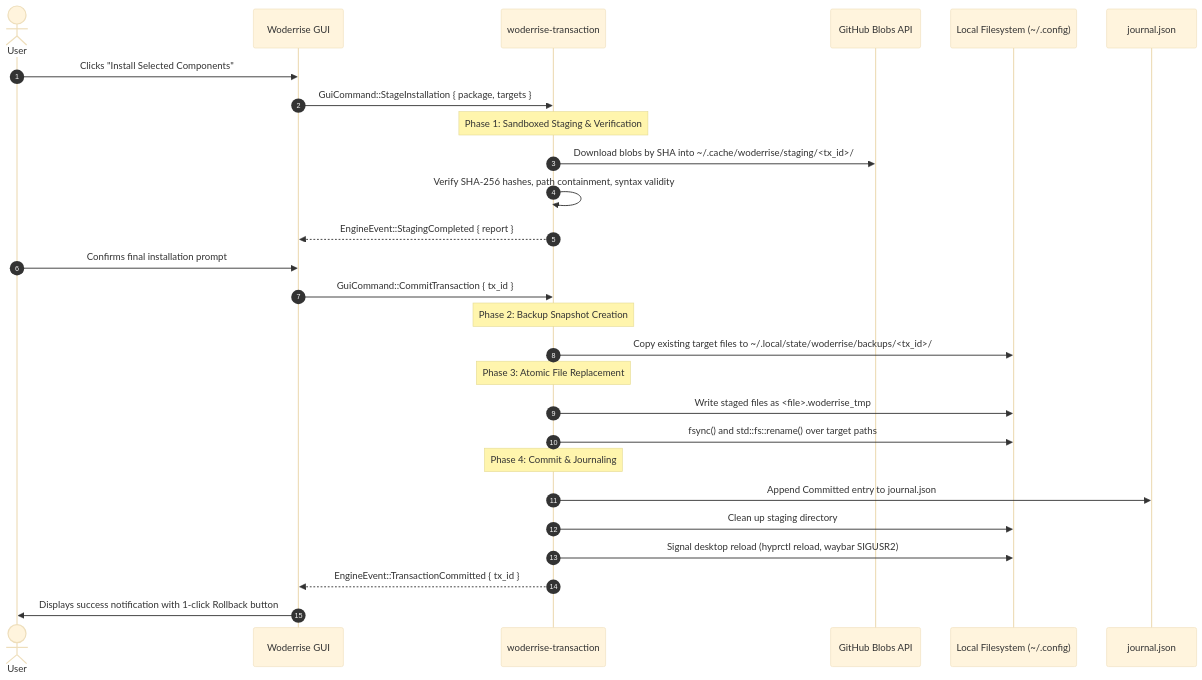
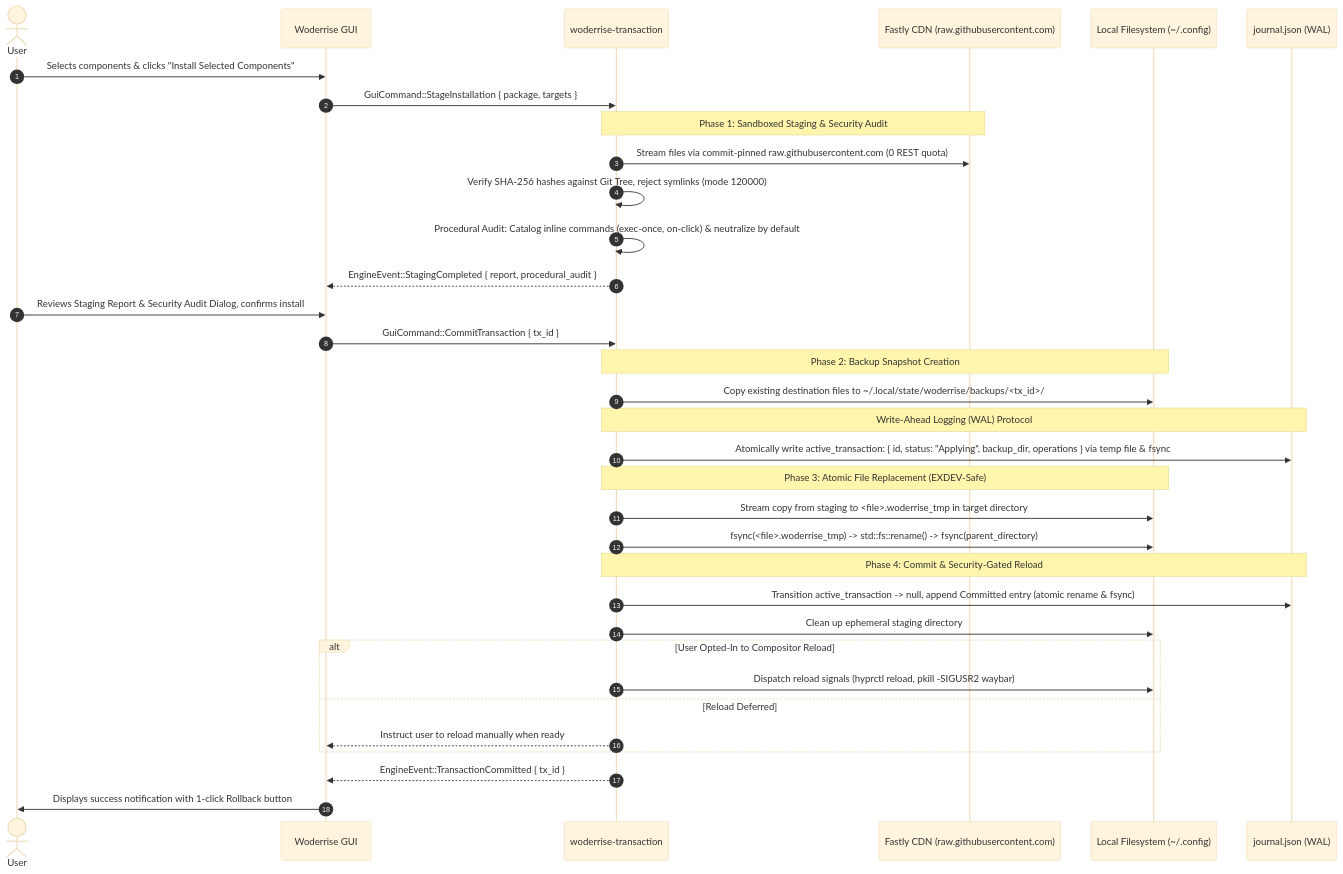
Before and after one commit to vijaygovindBiju/Woderrise: the third of 6 diagrams in docs/DESIGN_PROPOSAL.md, drawn with Mermaid (base theme). The commit also changed other lines of this file and 1 other file, not shown here.

Commit message:
docs: harden architecture with WAL, CDN blob fetching, and security sandboxing

````diff
--- a/docs/DESIGN_PROPOSAL.md
+++ b/docs/DESIGN_PROPOSAL.md
@@ -130,30 +141,37 @@
 ```mermaid
 sequenceDiagram
     autonumber
     actor User
     participant GUI as Woderrise GUI
     participant Tx as woderrise-transaction
-    participant GitHub as GitHub Blobs API
+    participant CDN as Fastly CDN (raw.githubusercontent.com)
     participant FS as Local Filesystem (~/.config)
-    participant Journal as journal.json
+    participant Journal as journal.json (WAL)
 
-    User->>GUI: Clicks "Install Selected Components"
+    User->>GUI: Selects components & clicks "Install Selected Components"
     GUI->>Tx: GuiCommand::StageInstallation { package, targets }
-    Note over Tx: Phase 1: Sandboxed Staging & Verification
-    Tx->>GitHub: Download blobs by SHA into ~/.cache/woderrise/staging/<tx_id>/
-    Tx->>Tx: Verify SHA-256 hashes, path containment, syntax validity
-    Tx-->>GUI: EngineEvent::StagingCompleted { report }
-    User->>GUI: Confirms final installation prompt
+    Note over Tx,CDN: Phase 1: Sandboxed Staging & Security Audit
+    Tx->>CDN: Stream files via commit-pinned raw.githubusercontent.com (0 REST quota)
+    Tx->>Tx: Verify SHA-256 hashes against Git Tree, reject symlinks (mode 120000)
+    Tx->>Tx: Procedural Audit: Catalog inline commands (exec-once, on-click) & neutralize by default
+    Tx-->>GUI: EngineEvent::StagingCompleted { report, procedural_audit }
+    User->>GUI: Reviews Staging Report & Security Audit Dialog, confirms install
     GUI->>Tx: GuiCommand::CommitTransaction { tx_id }
-    Note over Tx: Phase 2: Backup Snapshot Creation
-    Tx->>FS: Copy existing target files to ~/.local/state/woderrise/backups/<tx_id>/
-    Note over Tx: Phase 3: Atomic File Replacement
-    Tx->>FS: Write staged files as <file>.woderrise_tmp
-    Tx->>FS: fsync() and std::fs::rename() over target paths
-    Note over Tx: Phase 4: Commit & Journaling
-    Tx->>Journal: Append Committed entry to journal.json
-    Tx->>FS: Clean up staging directory
-    Tx->>FS: Signal desktop reload (hyprctl reload, waybar SIGUSR2)
+    Note over Tx,FS: Phase 2: Backup Snapshot Creation
+    Tx->>FS: Copy existing destination files to ~/.local/state/woderrise/backups/<tx_id>/
+    Note over Tx,Journal: Write-Ahead Logging (WAL) Protocol
+    Tx->>Journal: Atomically write active_transaction: { id, status: "Applying", backup_dir, operations } via temp file & fsync
+    Note over Tx,FS: Phase 3: Atomic File Replacement (EXDEV-Safe)
+    Tx->>FS: Stream copy from staging to <file>.woderrise_tmp in target directory
+    Tx->>FS: fsync(<file>.woderrise_tmp) -> std::fs::rename() -> fsync(parent_directory)
+    Note over Tx,Journal: Phase 4: Commit & Security-Gated Reload
+    Tx->>Journal: Transition active_transaction -> null, append Committed entry (atomic rename & fsync)
+    Tx->>FS: Clean up ephemeral staging directory
+    alt User Opted-In to Compositor Reload
+        Tx->>FS: Dispatch reload signals (hyprctl reload, pkill -SIGUSR2 waybar)
+    else Reload Deferred
+        Tx-->>GUI: Instruct user to reload manually when ready
+    end
     Tx-->>GUI: EngineEvent::TransactionCommitted { tx_id }
     GUI->>User: Displays success notification with 1-click Rollback button
 ```
````
